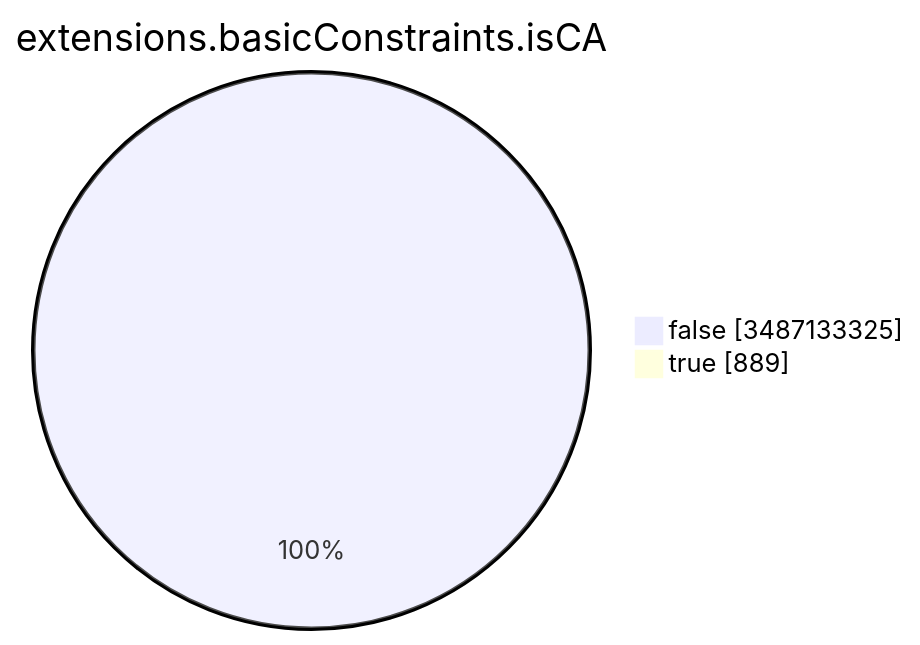
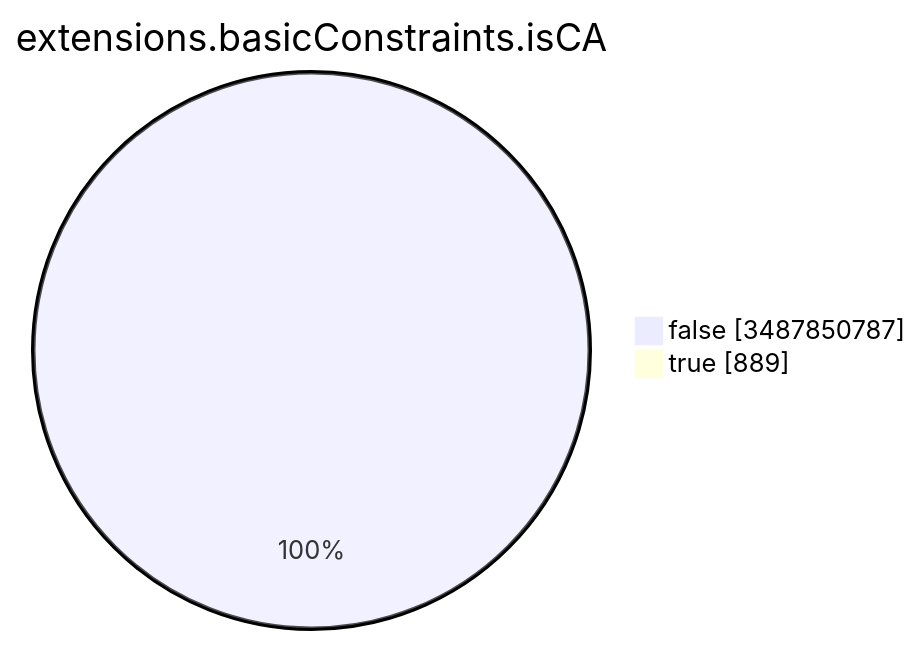
The seventh of 15 diagrams in TOTAL/README.md (christiankrug/ctmonitor_visualization), drawn with Mermaid before and after one commit. The commit also changed other lines of this file, not shown here.

````diff
--- a/TOTAL/README.md
+++ b/TOTAL/README.md
@@ -3093,6 +3093,6 @@
 ```mermaid
 pie showData
 title extensions.basicConstraints.isCA
-"false" :3487133325
+"false" :3487850787
 "true" :889
 ```
````
